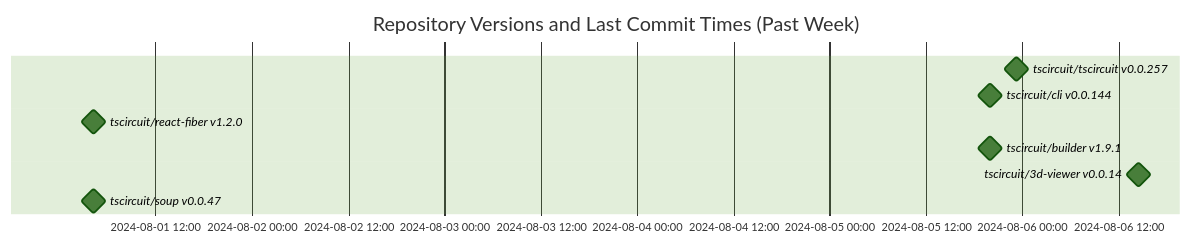
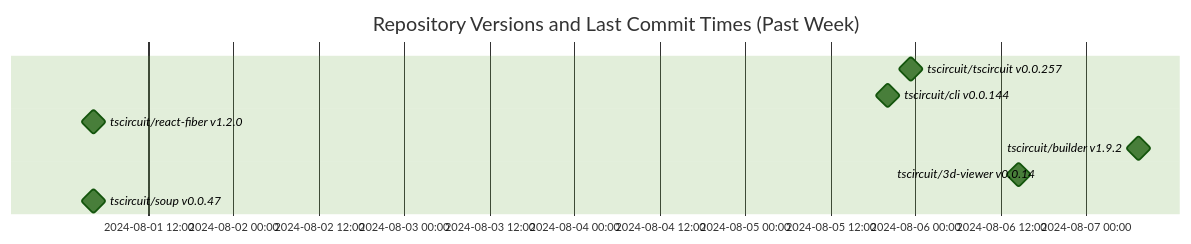
Before and after one commit to tscircuit/version-tracker: the diagram in README.md, drawn with Mermaid (forest theme).

Commit message:
Update chart

````diff
--- a/README.md
+++ b/README.md
@@ -1,13 +1,13 @@
 ```mermaid
 gantt
   dateFormat  YYYY-MM-DD HH:mm:ss
   title Repository Versions and Last Commit Times (Past Week)
   axisFormat %Y-%m-%d %H:%M
 
   tscircuit/tscircuit v0.0.257 : milestone, 2024-08-05 23:16:17, 1s
   tscircuit/cli v0.0.144 : milestone, 2024-08-05 20:01:47, 1s
   tscircuit/react-fiber v1.2.0 : milestone, 2024-08-01 04:16:00, 1s
-  tscircuit/builder v1.9.1 : milestone, 2024-08-05 20:01:47, 1s
+  tscircuit/builder v1.9.2 : milestone, 2024-08-07 07:21:49, 1s
   tscircuit/3d-viewer v0.0.14 : milestone, 2024-08-06 14:28:03, 1s
   tscircuit/soup v0.0.47 : milestone, 2024-08-01 04:19:38, 1s
 ```
````
